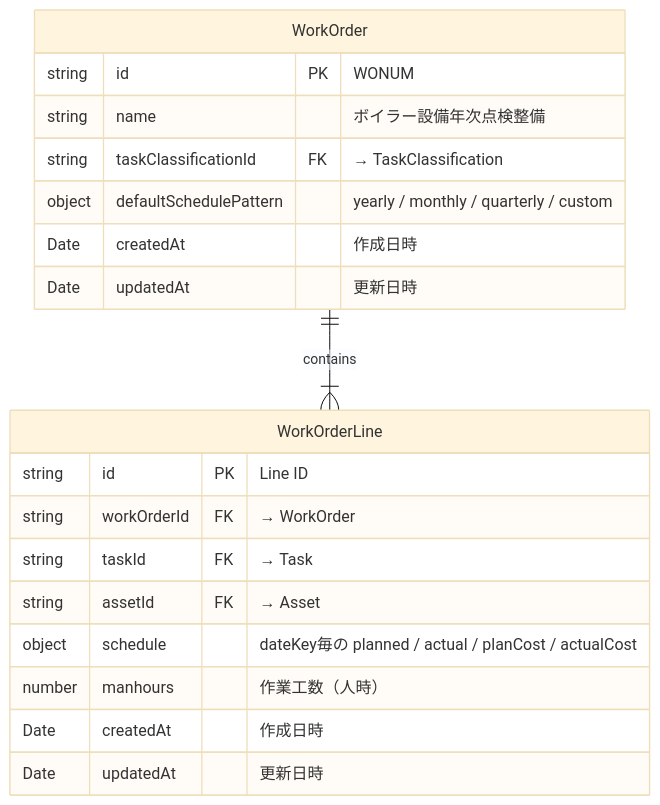
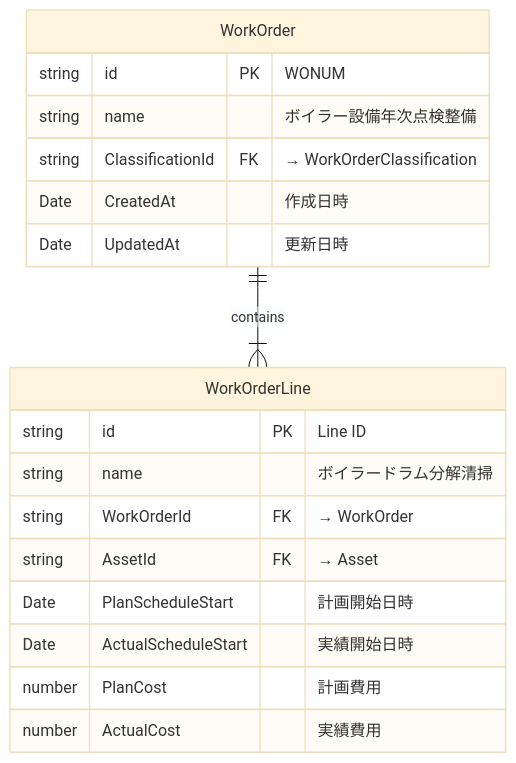
One commit to woodygaragelab/hoshutaro changed the second of 3 diagrams in docs/DATABASE_STRUCTURE.md. Above: the diagram before and after it, drawn with Mermaid (base theme). The commit also changed other lines of this file and 140 other files, not shown here.

Commit message:
Refactor: Streamline Work Order Dialog UI and purge legacy components & debug logs

````diff
--- a/docs/DATABASE_STRUCTURE.md
+++ b/docs/DATABASE_STRUCTURE.md
@@ -383,24 +324,23 @@
 ```mermaid
 erDiagram
     WorkOrder {
         string id PK "WONUM"
         string name "ボイラー設備年次点検整備"
-        string taskClassificationId FK "→ TaskClassification"
-        object defaultSchedulePattern "yearly / monthly / quarterly / custom"
-        Date createdAt "作成日時"
-        Date updatedAt "更新日時"
+        string ClassificationId FK "→ WorkOrderClassification"
+        Date CreatedAt "作成日時"
+        Date UpdatedAt "更新日時"
     }
 
     WorkOrderLine {
         string id PK "Line ID"
-        string workOrderId FK "→ WorkOrder"
-        string taskId FK "→ Task"
-        string assetId FK "→ Asset"
-        object schedule "dateKey毎の planned / actual / planCost / actualCost"
-        number manhours "作業工数（人時）"
-        Date createdAt "作成日時"
-        Date updatedAt "更新日時"
+        string name "ボイラードラム分解清掃"
+        string WorkOrderId FK "→ WorkOrder"
+        string AssetId FK "→ Asset"
+        Date PlanScheduleStart "計画開始日時"
+        Date ActualScheduleStart "実績開始日時"
+        number PlanCost "計画費用"
+        number ActualCost "実績費用"
     }
 
     WorkOrder ||--|{ WorkOrderLine : "contains"
 ```
````
